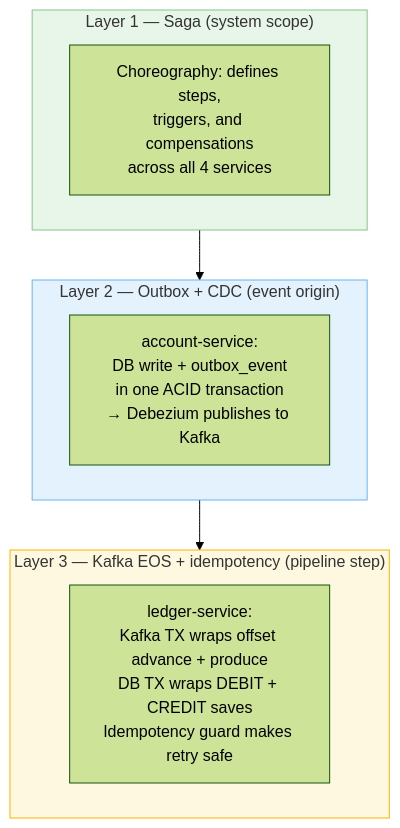
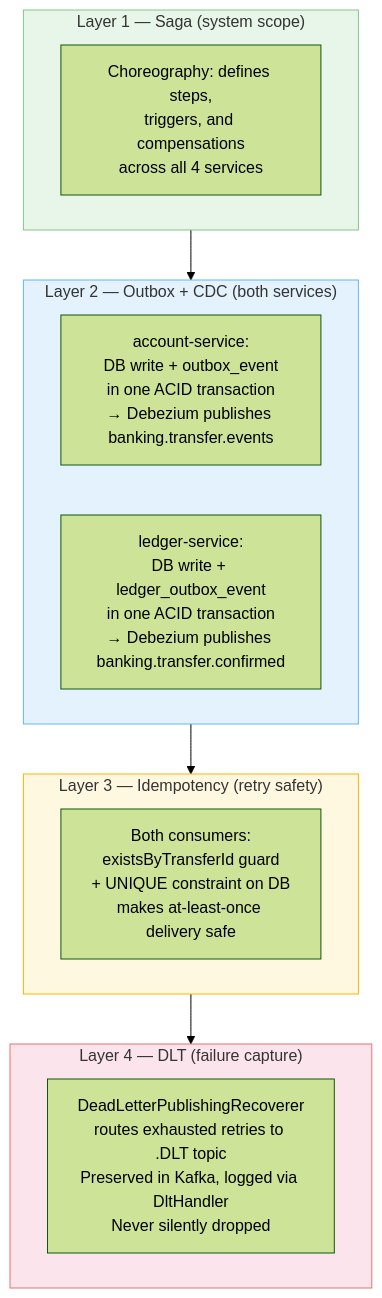
One commit to Harry-Zhao-AU/harry-zhao-au.github.io changed the second of 2 diagrams in _posts/2026-04-16-saga-outbox-kafka-eos-distributed-transactions.md. Above: the diagram before and after it, drawn with Mermaid (forest theme). The commit also changed other lines of this file, not shown here.

First line of the commit message:
post: update Saga/Outbox post — drop Kafka EOS, extend CDC to ledger-service

````diff
--- a/_posts/2026-04-16-saga-outbox-kafka-eos-distributed-transactions.md
+++ b/_posts/2026-04-16-saga-outbox-kafka-eos-distributed-transactions.md
@@ -295,21 +298,28 @@
 ```mermaid
 flowchart TD
     subgraph L1["Layer 1 — Saga (system scope)"]
         S["Choreography: defines steps,\ntriggers, and compensations\nacross all 4 services"]
     end
 
-    subgraph L2["Layer 2 — Outbox + CDC (event origin)"]
-        O["account-service:\nDB write + outbox_event\nin one ACID transaction\n→ Debezium publishes to Kafka"]
+    subgraph L2["Layer 2 — Outbox + CDC (both services)"]
+        O1["account-service:\nDB write + outbox_event\nin one ACID transaction\n→ Debezium publishes banking.transfer.events"]
+        O2["ledger-service:\nDB write + ledger_outbox_event\nin one ACID transaction\n→ Debezium publishes banking.transfer.confirmed"]
     end
 
-    subgraph L3["Layer 3 — Kafka EOS + idempotency (pipeline step)"]
-        E["ledger-service:\nKafka TX wraps offset advance + produce\nDB TX wraps DEBIT + CREDIT saves\nIdempotency guard makes retry safe"]
+    subgraph L3["Layer 3 — Idempotency (retry safety)"]
+        I["Both consumers:\nexistsByTransferId guard\n+ UNIQUE constraint on DB\nmakes at-least-once delivery safe"]
+    end
+
+    subgraph L4["Layer 4 — DLT (failure capture)"]
+        D["DeadLetterPublishingRecoverer\nroutes exhausted retries to .DLT topic\nPreserved in Kafka, logged via DltHandler\nNever silently dropped"]
     end
 
     L1 --> L2
     L2 --> L3
+    L3 --> L4
 
     style L1 fill:#e8f5e9,stroke:#81c784
     style L2 fill:#e3f2fd,stroke:#64b5f6
     style L3 fill:#fff8e1,stroke:#ffb300
+    style L4 fill:#fce4ec,stroke:#e57373
 ```
````
